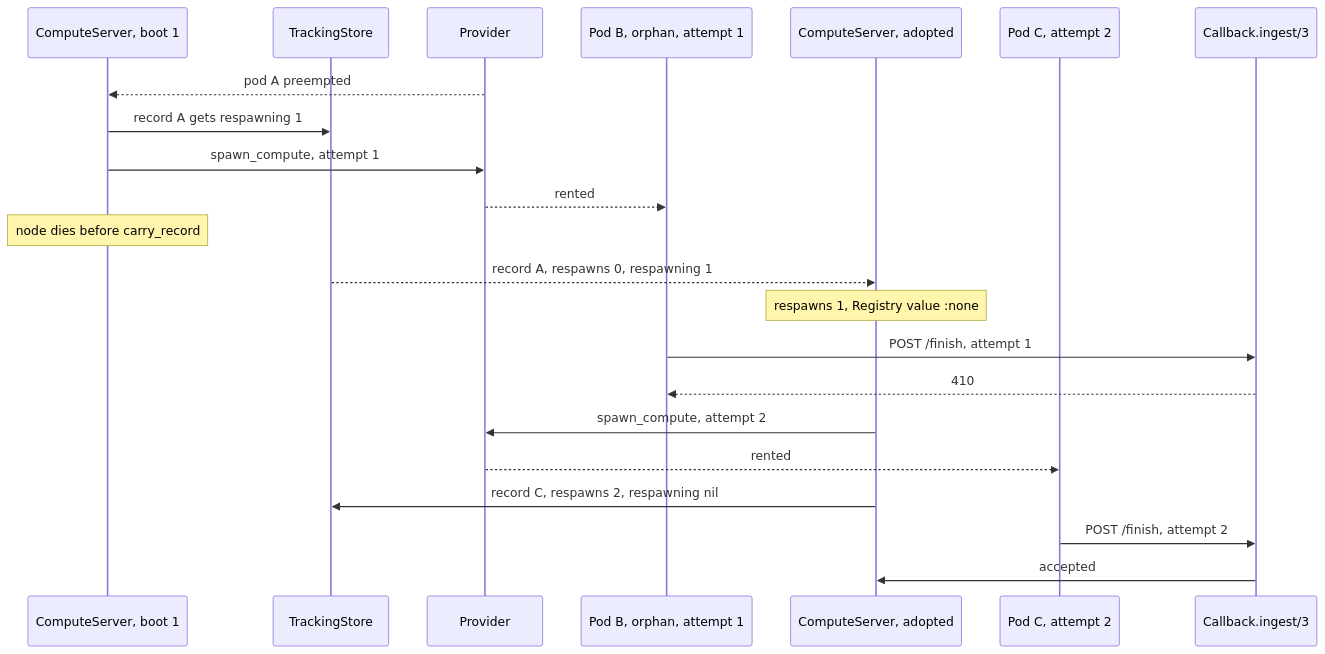
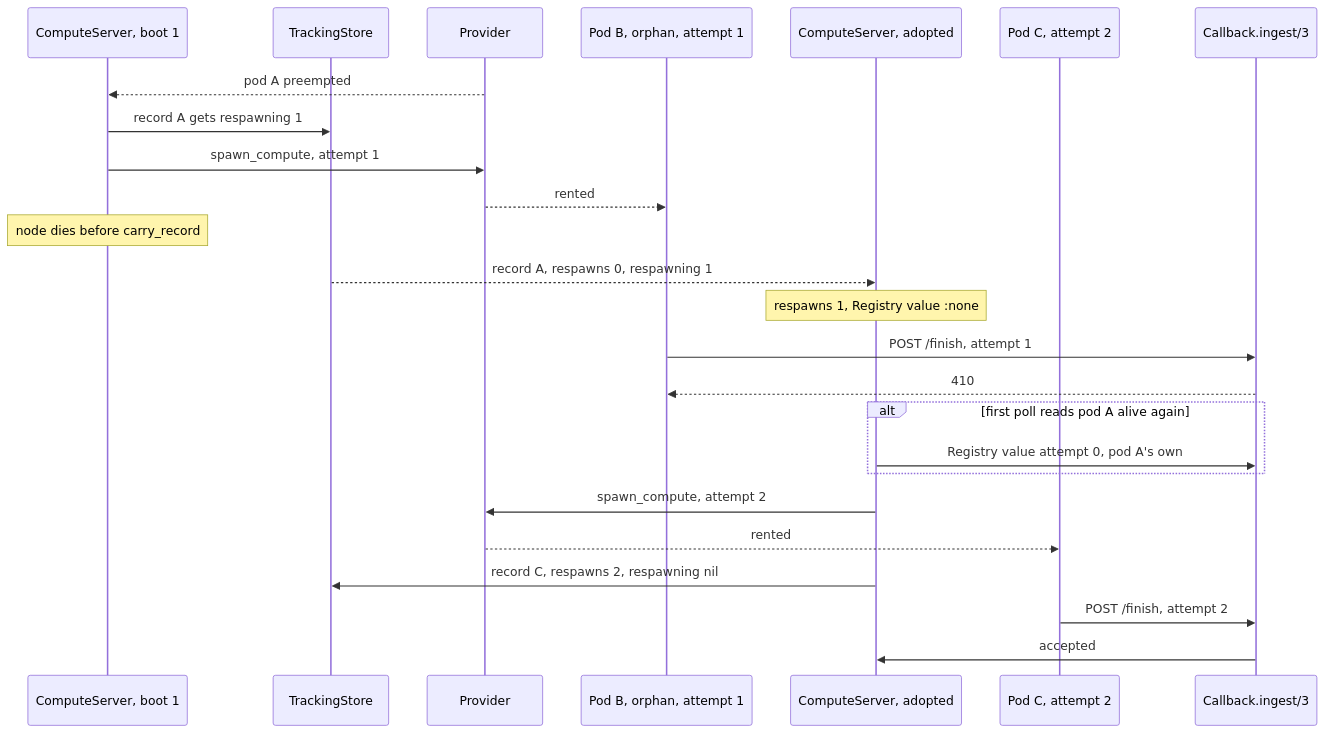
The fourth of 10 diagrams in docs/architecture.md (udin-io/ex_atlas), drawn with Mermaid before and after one commit. The commit also changed other lines of this file and 13 other files, not shown here.

First line of the commit message:
A respawning task warns when no Reaper covers its provider, and an adopted task's revived pod reports again (risk 51) (#119)

````diff
--- a/docs/architecture.md
+++ b/docs/architecture.md
@@ -181,24 +191,27 @@
 ```mermaid
 sequenceDiagram
   participant CS as ComputeServer, boot 1
   participant St as TrackingStore
   participant P as Provider
   participant B as Pod B, orphan, attempt 1
   participant CS2 as ComputeServer, adopted
   participant C as Pod C, attempt 2
   participant Cb as Callback.ingest/3
   P-->>CS: pod A preempted
   CS->>St: record A gets respawning 1
   CS->>P: spawn_compute, attempt 1
   P-->>B: rented
   Note over CS: node dies before carry_record
   St-->>CS2: record A, respawns 0, respawning 1
   Note over CS2: respawns 1, Registry value :none
   B->>Cb: POST /finish, attempt 1
   Cb-->>B: 410
+  alt first poll reads pod A alive again
+    CS2->>Cb: Registry value attempt 0, pod A's own
+  end
   CS2->>P: spawn_compute, attempt 2
   P-->>C: rented
   CS2->>St: record C, respawns 2, respawning nil
   C->>Cb: POST /finish, attempt 2
   Cb->>CS2: accepted
 ```
````
